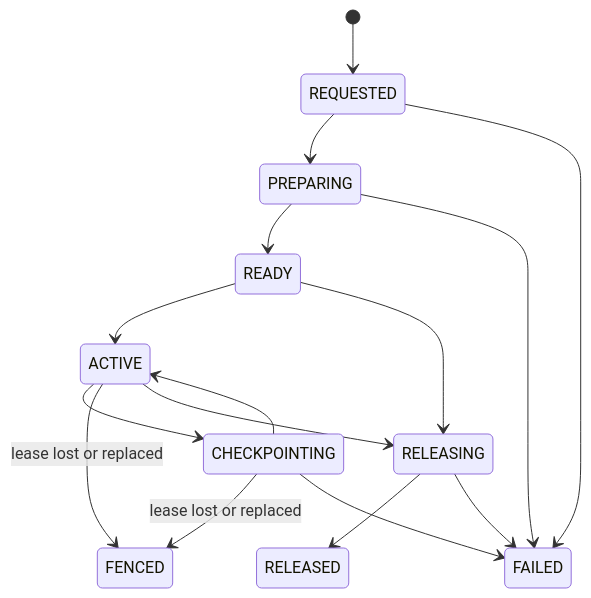
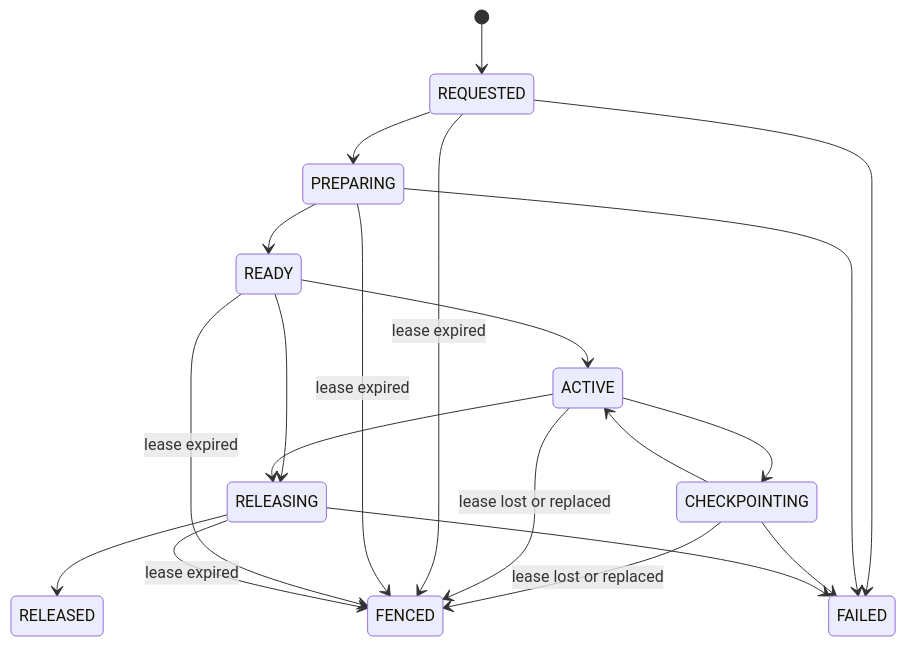
One commit to bdobrica/ThinkPixelWS changed the fourth of 4 diagrams in docs/architecture.md. Above: the diagram before and after it, drawn with Mermaid. The commit also changed 8 other files, not shown here.

````diff
--- a/docs/architecture.md
+++ b/docs/architecture.md
@@ -124,18 +124,22 @@
 ```mermaid
 stateDiagram-v2
     [*] --> REQUESTED
     REQUESTED --> PREPARING
     PREPARING --> READY
     READY --> ACTIVE
     ACTIVE --> CHECKPOINTING
     CHECKPOINTING --> ACTIVE
     CHECKPOINTING --> FENCED: lease lost or replaced
     ACTIVE --> FENCED: lease lost or replaced
+    REQUESTED --> FENCED: lease expired
+    PREPARING --> FENCED: lease expired
+    READY --> FENCED: lease expired
+    RELEASING --> FENCED: lease expired
     READY --> RELEASING
     ACTIVE --> RELEASING
     RELEASING --> RELEASED
     REQUESTED --> FAILED
     PREPARING --> FAILED
     CHECKPOINTING --> FAILED
     RELEASING --> FAILED
 ```
````
